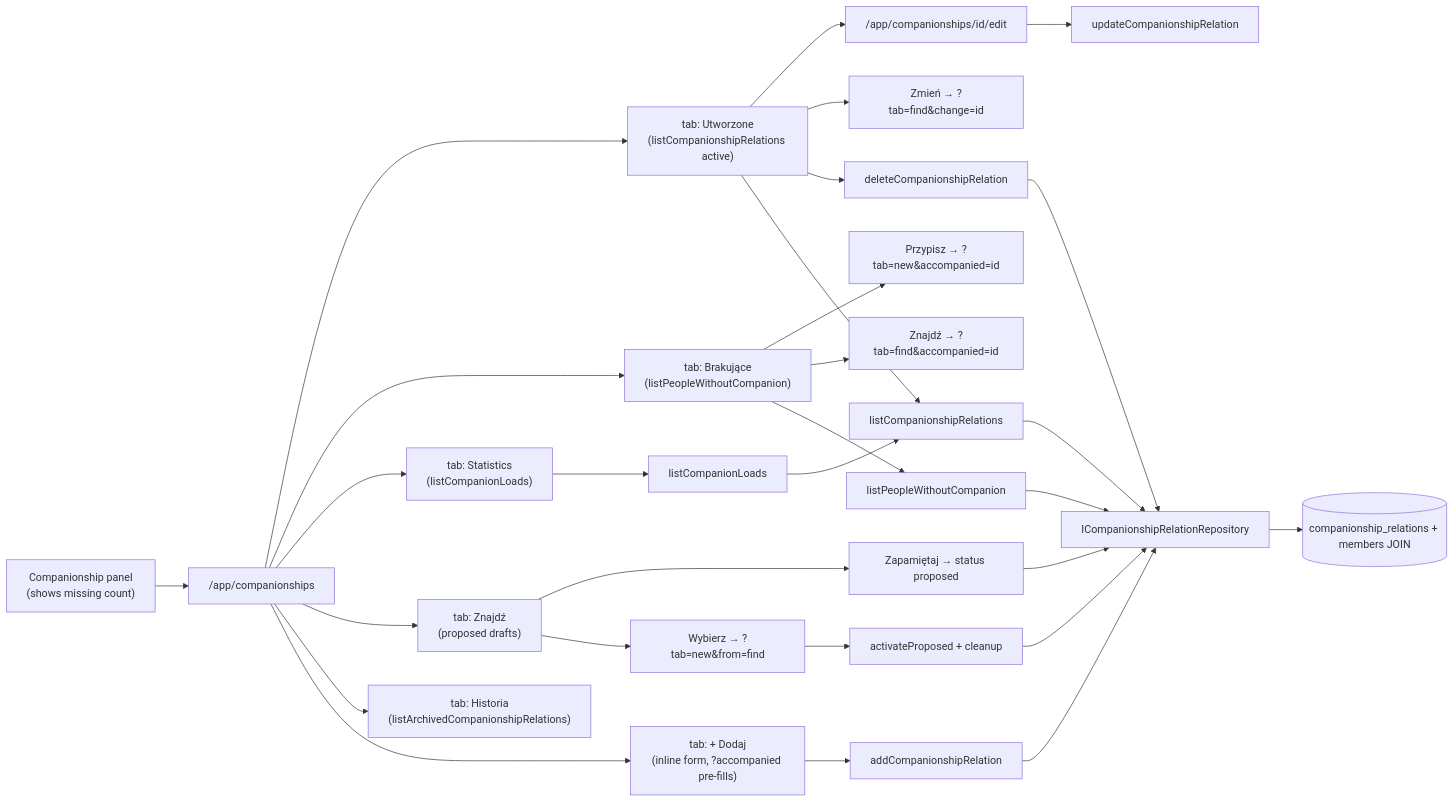
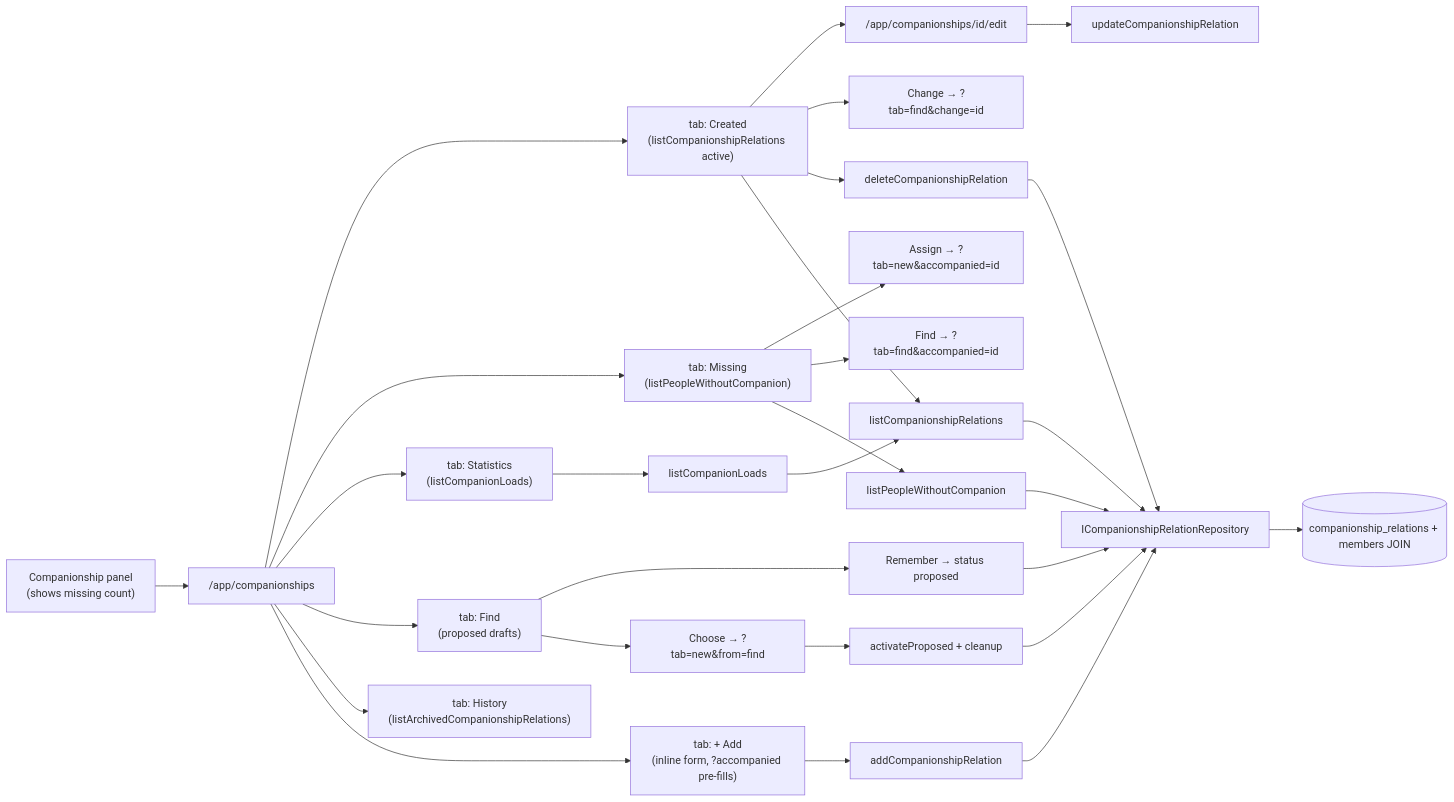
The sixth of 8 diagrams in docs/current-architecture.md (greg-latuszek/emma-companionship), drawn with Mermaid before and after one commit. The commit also changed other lines of this file, not shown here.

Commit message:
Replace Polish screen names with English in the architecture doc

````diff
--- a/docs/current-architecture.md
+++ b/docs/current-architecture.md
@@ -208,31 +208,31 @@
 ```mermaid
 flowchart LR
   panel["Companionship panel\n(shows missing count)"] --> companionships["/app/companionships"]
-  companionships --> tabCreated["tab: Utworzone\n(listCompanionshipRelations active)"]
-  companionships --> tabMissing["tab: Brakujące\n(listPeopleWithoutCompanion)"]
+  companionships --> tabCreated["tab: Created\n(listCompanionshipRelations active)"]
+  companionships --> tabMissing["tab: Missing\n(listPeopleWithoutCompanion)"]
   companionships --> tabStatistics["tab: Statistics\n(listCompanionLoads)"]
-  companionships --> tabFind["tab: Znajdź\n(proposed drafts)"]
-  companionships --> tabHistory["tab: Historia\n(listArchivedCompanionshipRelations)"]
-  companionships --> tabNew["tab: + Dodaj\n(inline form, ?accompanied pre-fills)"]
+  companionships --> tabFind["tab: Find\n(proposed drafts)"]
+  companionships --> tabHistory["tab: History\n(listArchivedCompanionshipRelations)"]
+  companionships --> tabNew["tab: + Add\n(inline form, ?accompanied pre-fills)"]
   tabCreated --> edit["/app/companionships/id/edit"]
-  tabCreated --> change["Zmień → ?tab=find&change=id"]
+  tabCreated --> change["Change → ?tab=find&change=id"]
   tabCreated --> remove[deleteCompanionshipRelation]
-  tabMissing --> assign["Przypisz → ?tab=new&accompanied=id"]
-  tabMissing --> findMissing["Znajdź → ?tab=find&accompanied=id"]
-  tabFind --> remember["Zapamiętaj → status proposed"]
-  tabFind --> choose["Wybierz → ?tab=new&from=find"]
+  tabMissing --> assign["Assign → ?tab=new&accompanied=id"]
+  tabMissing --> findMissing["Find → ?tab=find&accompanied=id"]
+  tabFind --> remember["Remember → status proposed"]
+  tabFind --> choose["Choose → ?tab=new&from=find"]
   choose --> activate[activateProposed + cleanup]
   tabNew --> create[addCompanionshipRelation]
   create --> repo[ICompanionshipRelationRepository]
   activate --> repo
   remember --> repo
   edit --> update[updateCompanionshipRelation]
   remove --> repo
   tabCreated --> listRel[listCompanionshipRelations]
   tabMissing --> listMissing[listPeopleWithoutCompanion]
   tabStatistics --> listLoads[listCompanionLoads]
   listLoads --> listRel
   listRel --> repo
   listMissing --> repo
   repo --> pg[(companionship_relations + members JOIN)]
 ```
````
